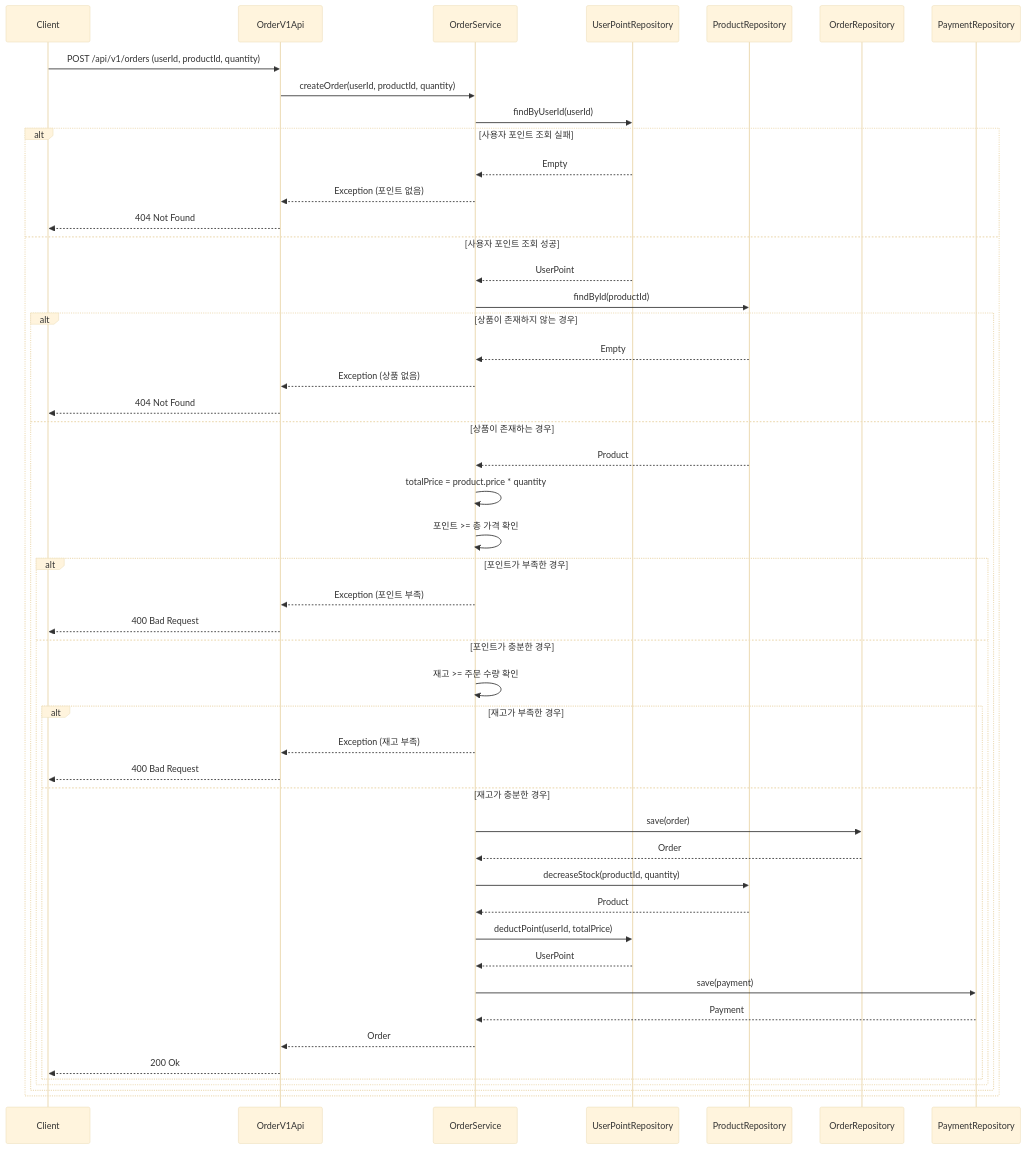
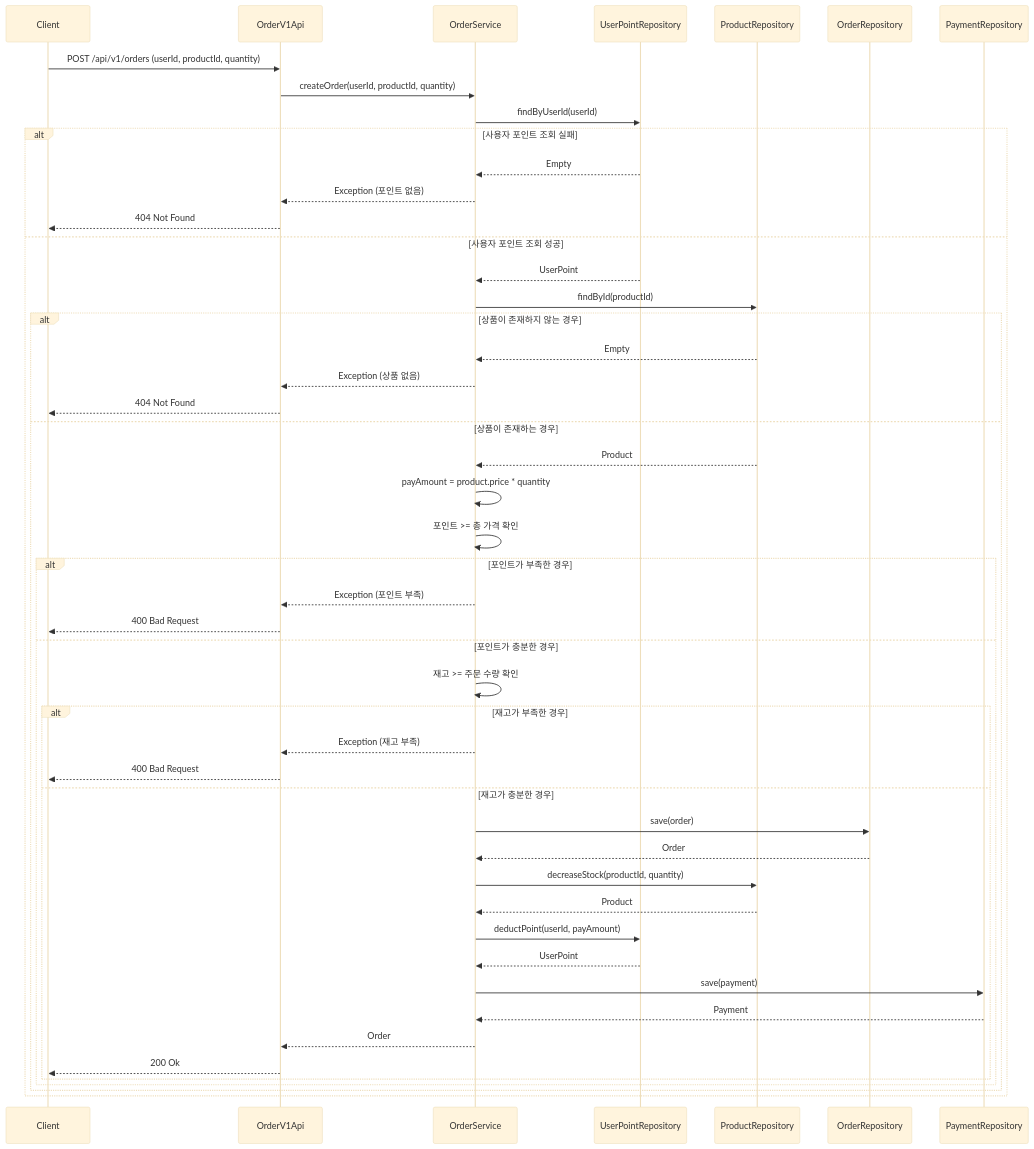
One commit to Loopers-dev-lab/loopers-spring-java-template changed diagram 11 of 13 in .docs/02-sequence-diagrams.md. Above: the diagram before and after it, drawn with Mermaid (base theme). The commit also changed 41 other files, not shown here.

````diff
--- a/.docs/02-sequence-diagrams.md
+++ b/.docs/02-sequence-diagrams.md
@@ -308,56 +308,56 @@
 ```mermaid
 sequenceDiagram
     participant Client
     participant OrderV1Api
     participant OrderService
     participant UserPointRepository
     participant ProductRepository
     participant OrderRepository
     participant PaymentRepository
 
     Client->>OrderV1Api: POST /api/v1/orders (userId, productId, quantity)
     OrderV1Api->>OrderService: createOrder(userId, productId, quantity)
     OrderService->>UserPointRepository: findByUserId(userId)
 
     alt 사용자 포인트 조회 실패
         UserPointRepository-->>OrderService: Empty
         OrderService-->>OrderV1Api: Exception (포인트 없음)
         OrderV1Api-->>Client: 404 Not Found
     else 사용자 포인트 조회 성공
         UserPointRepository-->>OrderService: UserPoint
         OrderService->>ProductRepository: findById(productId)
 
         alt 상품이 존재하지 않는 경우
             ProductRepository-->>OrderService: Empty
             OrderService-->>OrderV1Api: Exception (상품 없음)
             OrderV1Api-->>Client: 404 Not Found
         else 상품이 존재하는 경우
             ProductRepository-->>OrderService: Product
-            OrderService->>OrderService: totalPrice = product.price * quantity
+            OrderService->>OrderService: payAmount = product.price * quantity
             OrderService->>OrderService: 포인트 >= 총 가격 확인
 
             alt 포인트가 부족한 경우
                 OrderService-->>OrderV1Api: Exception (포인트 부족)
                 OrderV1Api-->>Client: 400 Bad Request
             else 포인트가 충분한 경우
                 OrderService->>OrderService: 재고 >= 주문 수량 확인
 
                 alt 재고가 부족한 경우
                     OrderService-->>OrderV1Api: Exception (재고 부족)
                     OrderV1Api-->>Client: 400 Bad Request
                 else 재고가 충분한 경우
                     OrderService->>OrderRepository: save(order)
                     OrderRepository-->>OrderService: Order
                     OrderService->>ProductRepository: decreaseStock(productId, quantity)
                     ProductRepository-->>OrderService: Product
-                    OrderService->>UserPointRepository: deductPoint(userId, totalPrice)
+                    OrderService->>UserPointRepository: deductPoint(userId, payAmount)
                     UserPointRepository-->>OrderService: UserPoint
                     OrderService->>PaymentRepository: save(payment)
                     PaymentRepository-->>OrderService: Payment
                     OrderService-->>OrderV1Api: Order
                     OrderV1Api-->>Client: 200 Ok
                 end
             end
         end
     end
 ```
````
